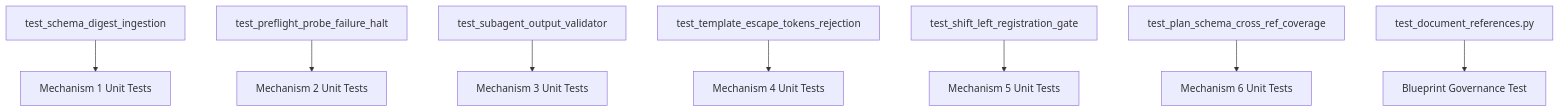
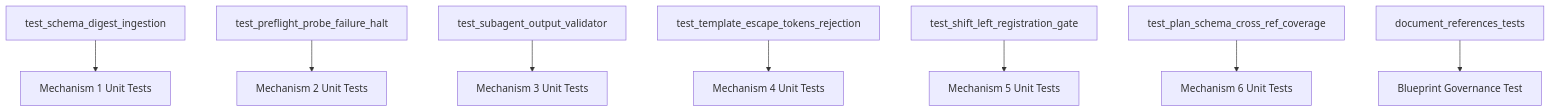
One commit to gintatkinson/DEAP01-spec-core changed the third of 3 diagrams in docs/designs/six-mechanical-enforcement-gates-blueprint.md. Above: the diagram before and after it, drawn with Mermaid. The commit also changed other lines of this file and 162 other files, not shown here.

````diff
--- a/docs/designs/six-mechanical-enforcement-gates-blueprint.md
+++ b/docs/designs/six-mechanical-enforcement-gates-blueprint.md
@@ -250,10 +250,10 @@
 ```mermaid
 graph TD
     T1["test_schema_digest_ingestion"] --> M1["Mechanism 1 Unit Tests"]
     T2["test_preflight_probe_failure_halt"] --> M2["Mechanism 2 Unit Tests"]
     T3["test_subagent_output_validator"] --> M3["Mechanism 3 Unit Tests"]
     T4["test_template_escape_tokens_rejection"] --> M4["Mechanism 4 Unit Tests"]
     T5["test_shift_left_registration_gate"] --> M5["Mechanism 5 Unit Tests"]
     T6["test_plan_schema_cross_ref_coverage"] --> M6["Mechanism 6 Unit Tests"]
-    T7["test_document_references.py"] --> M7["Blueprint Governance Test"]
+    T7["document_references_tests"] --> M7["Blueprint Governance Test"]
 ```
````
